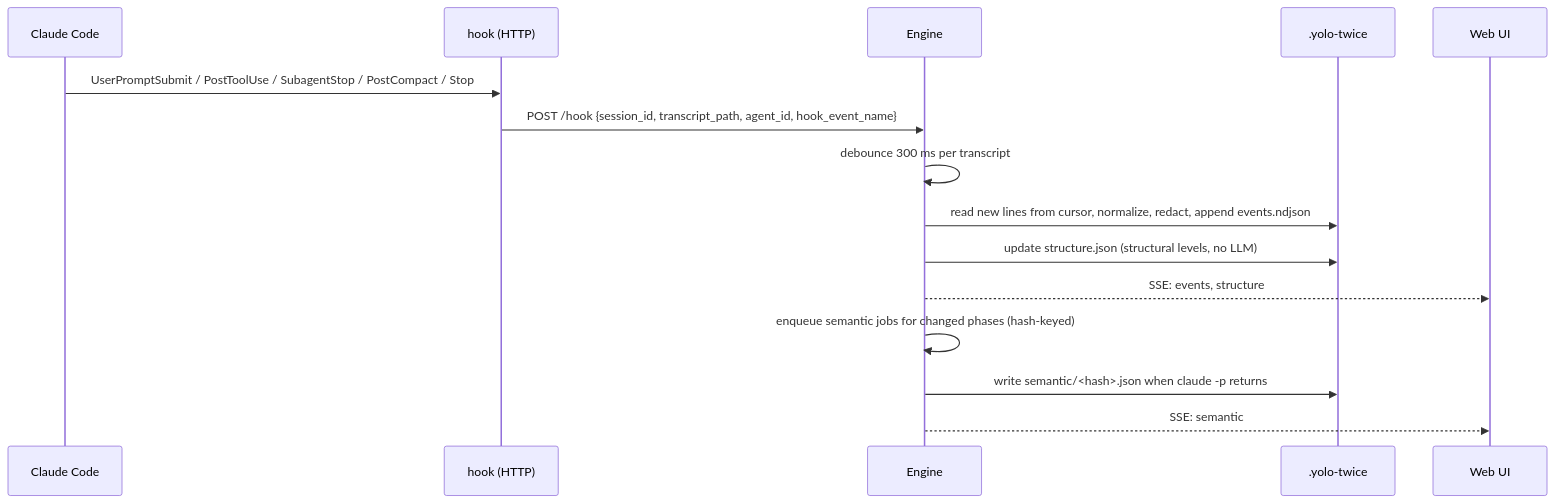
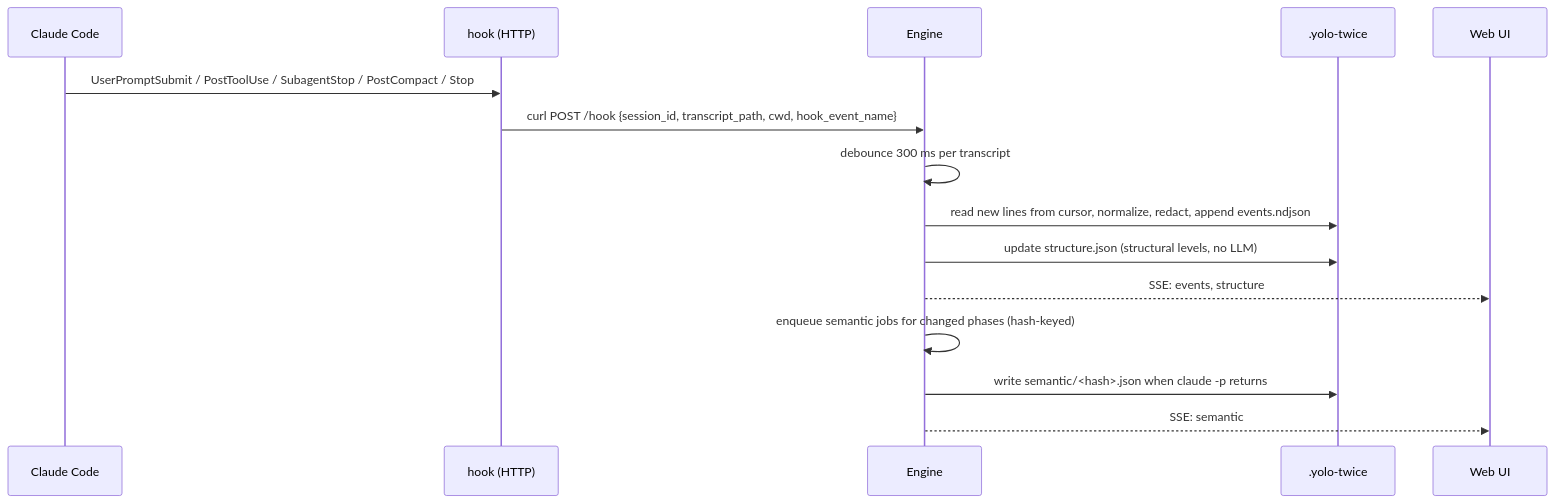
Before and after one commit to bar9/yolo-twice: the second of 2 diagrams in documentation/design.md, drawn with Mermaid. The commit also changed other lines of this file and 30 other files, not shown here.

Commit message:
Scaffold monorepo: core ingest/redaction/store, analyzers (structure, graph, search, semantic cache), fixture and tests, API contract

````diff
--- a/documentation/design.md
+++ b/documentation/design.md
@@ -69,17 +70,17 @@
 ```mermaid
 sequenceDiagram
   participant CC as Claude Code
   participant H as hook (HTTP)
   participant E as Engine
   participant S as .yolo-twice
   participant UI as Web UI
   CC->>H: UserPromptSubmit / PostToolUse / SubagentStop / PostCompact / Stop
-  H->>E: POST /hook {session_id, transcript_path, agent_id, hook_event_name}
+  H->>E: curl POST /hook {session_id, transcript_path, cwd, hook_event_name}
   E->>E: debounce 300 ms per transcript
   E->>S: read new lines from cursor, normalize, redact, append events.ndjson
   E->>S: update structure.json (structural levels, no LLM)
   E-->>UI: SSE: events, structure
   E->>E: enqueue semantic jobs for changed phases (hash-keyed)
   E->>S: write semantic/<hash>.json when claude -p returns
   E-->>UI: SSE: semantic
 ```
````
